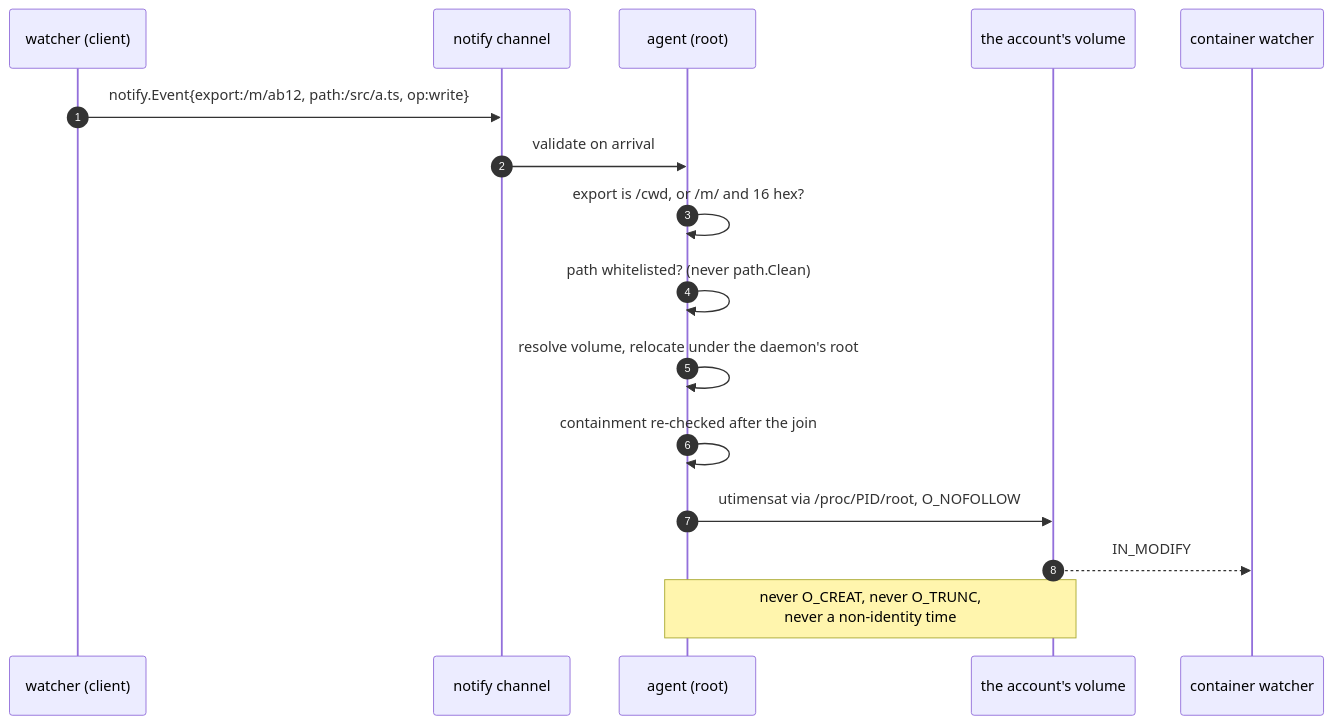
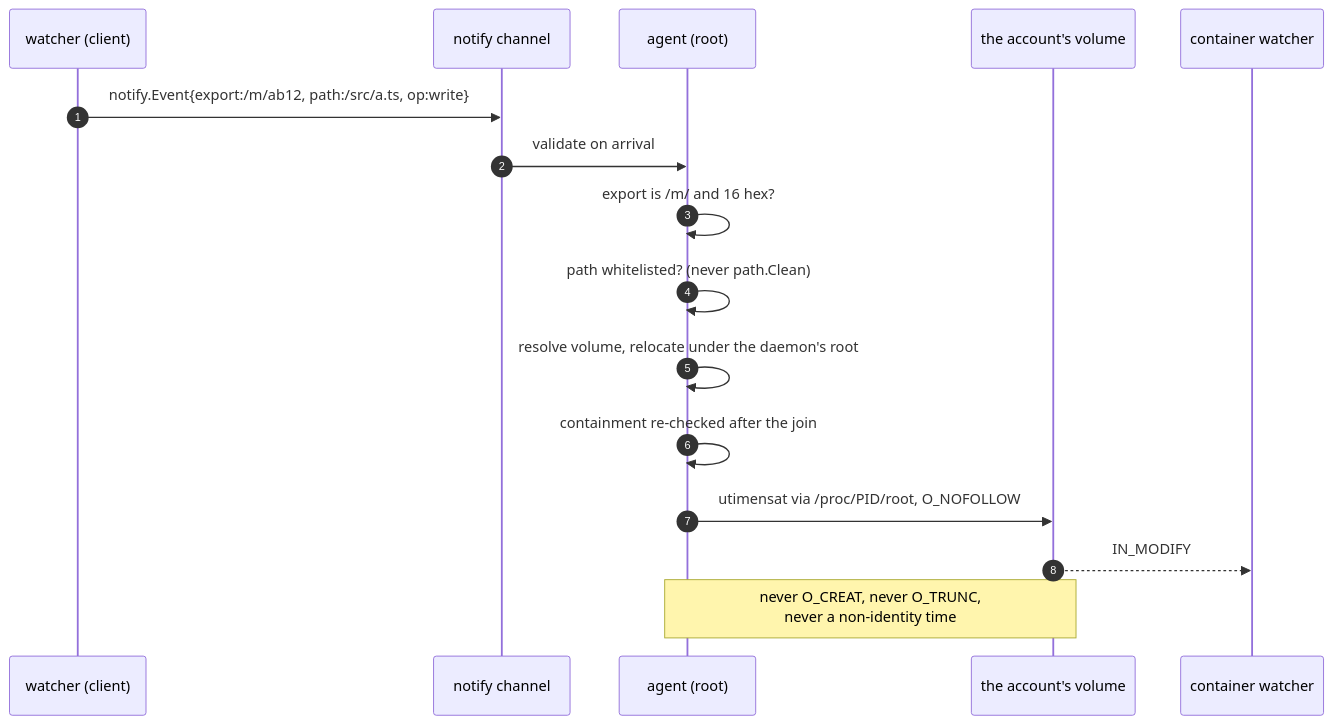
The eighth of 11 diagrams in docs/threat-model.md (lhns/remote-docker), drawn with Mermaid before and after one commit. The commit also changed other lines of this file and 64 other files, not shown here.

````diff
--- a/docs/threat-model.md
+++ b/docs/threat-model.md
@@ -662,19 +663,19 @@
 ```mermaid
 sequenceDiagram
     autonumber
     participant W as watcher (client)
     participant Ch as notify channel
     participant Ag as agent (root)
     participant Vol as the account's volume
     participant C as container watcher
 
     W->>Ch: notify.Event{export:/m/ab12, path:/src/a.ts, op:write}
     Ch->>Ag: validate on arrival
-    Ag->>Ag: export is /cwd, or /m/ and 16 hex?
+    Ag->>Ag: export is /m/ and 16 hex?
     Ag->>Ag: path whitelisted? (never path.Clean)
     Ag->>Ag: resolve volume, relocate under the daemon's root
     Ag->>Ag: containment re-checked after the join
     Ag->>Vol: utimensat via /proc/PID/root, O_NOFOLLOW
     Vol-->>C: IN_MODIFY
     Note over Ag,Vol: never O_CREAT, never O_TRUNC,<br/>never a non-identity time
 ```
````
